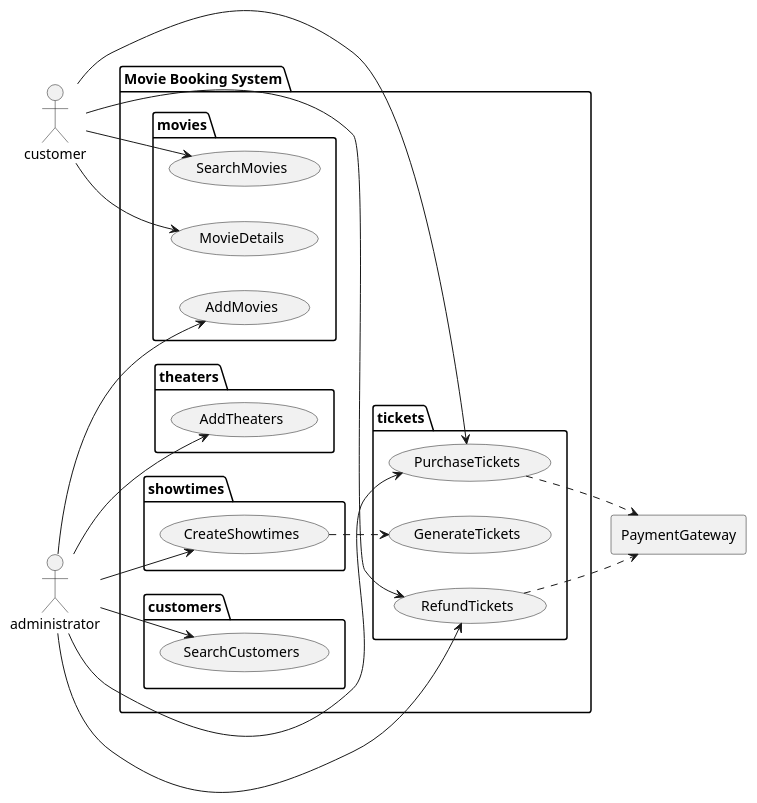
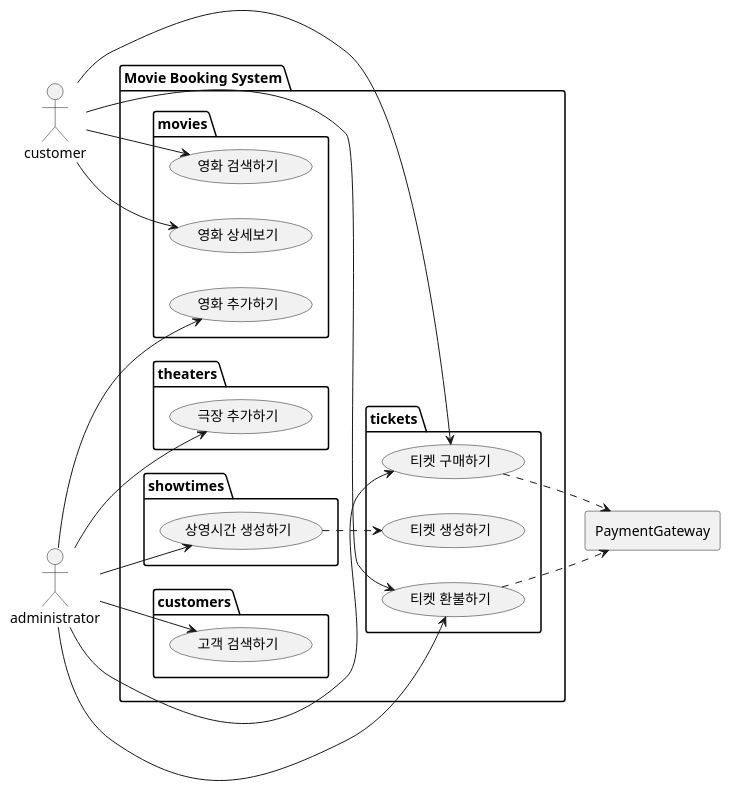
The tenth of 12 diagrams in _posts/2025-04-01-backend-design-1.md (mannercode/mannercode.github.io), drawn with PlantUML before and after one commit. The commit also changed other lines of this file and 159 other files, not shown here.

First line of the commit message:
Add UML diagrams for Movie Booking System and update sequence diagrams

```diff
--- a/_posts/2025-04-01-backend-design-1.md
+++ b/_posts/2025-04-01-backend-design-1.md
@@ -310,51 +310,51 @@
 {% plantuml %}
 @startuml
 left to right direction
 actor customer
 actor administrator
 rectangle PaymentGateway
 
 package "Movie Booking System" as mbs {
     package theaters {
-        usecase AddTheaters
+        usecase "극장 추가하기" as AddTheaters
     }
 
     package movies {
-        usecase AddMovies
-    usecase MovieDetails
-    usecase SearchMovies
+        usecase "영화 추가하기" as AddMovies
+        usecase "영화 상세보기" as MovieDetails
+        usecase "영화 검색하기" as SearchMovies
     }
 
     package customers {
-        usecase SearchCustomers
+        usecase "고객 검색하기" as SearchCustomers
     }
 
     package showtimes {
-        usecase CreateShowtimes
+        usecase "상영시간 생성하기" as CreateShowtimes
     }
 
     package tickets {
-        usecase PurchaseTickets
-        usecase RefundTickets
-        usecase GenerateTickets
+        usecase "티켓 구매하기" as PurchaseTickets
+        usecase "티켓 환불하기" as RefundTickets
+        usecase "티켓 생성하기" as GenerateTickets
     }
 }
 
 administrator --> AddTheaters
 administrator --> AddMovies
 administrator --> SearchCustomers
 administrator --> CreateShowtimes
 administrator --> PurchaseTickets
 administrator --> RefundTickets
 
 customer --> MovieDetails
 customer --> SearchMovies
 customer --> PurchaseTickets
 customer --> RefundTickets
 
 PurchaseTickets ..> PaymentGateway
 RefundTickets ..> PaymentGateway
 CreateShowtimes ..> GenerateTickets
 
 @enduml
 {% endplantuml %}
```
